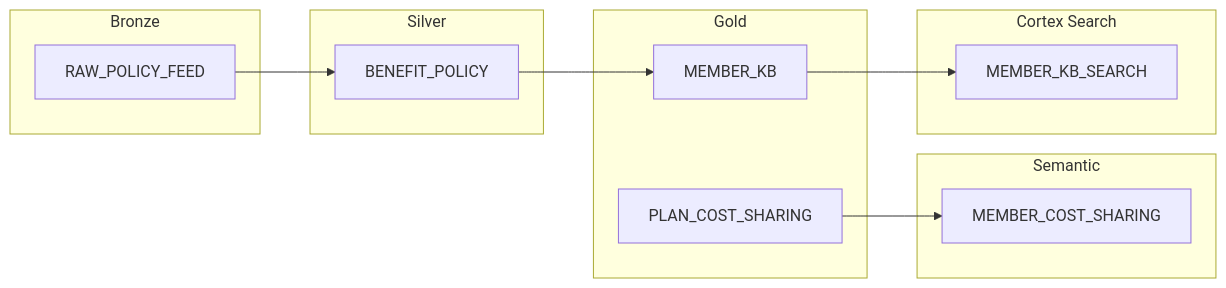
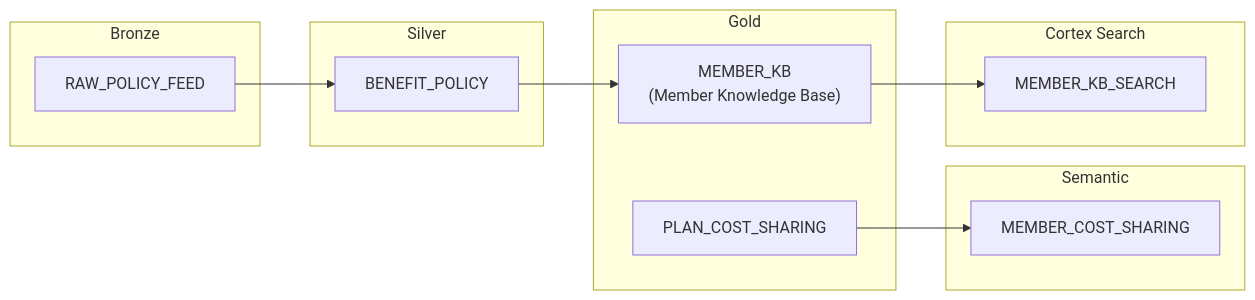
The first of 4 diagrams in README.md (sbecker11/healthcare-agentic-snowflake-rag), drawn with Mermaid before and after one commit. The commit also changed other lines of this file, not shown here.

Commit message:
Clarify that MEMBER_KB means Member Knowledge Base.

````diff
--- a/README.md
+++ b/README.md
@@ -42,22 +42,22 @@
 ```mermaid
 flowchart LR
     subgraph BRONZE["Bronze"]
         RAW["RAW_POLICY_FEED"]
     end
     subgraph SILVER["Silver"]
         BP["BENEFIT_POLICY"]
     end
     subgraph GOLD["Gold"]
-        KB["MEMBER_KB"]
+        KB["MEMBER_KB<br/>(Member Knowledge Base)"]
         PCS["PLAN_COST_SHARING"]
     end
     subgraph SEM["Semantic"]
         SV["MEMBER_COST_SHARING"]
     end
     subgraph CORTEX["Cortex Search"]
         CS["MEMBER_KB_SEARCH"]
     end
 
     RAW --> BP --> KB --> CS
     PCS --> SV
 ```
````
